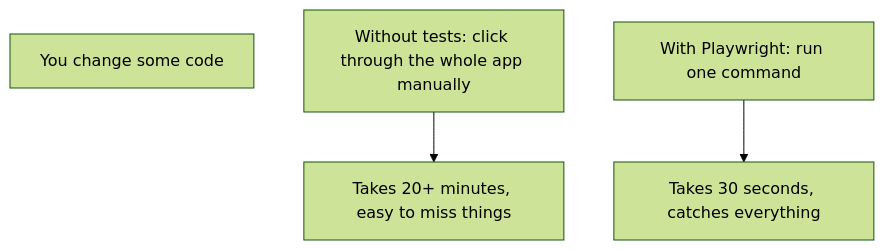
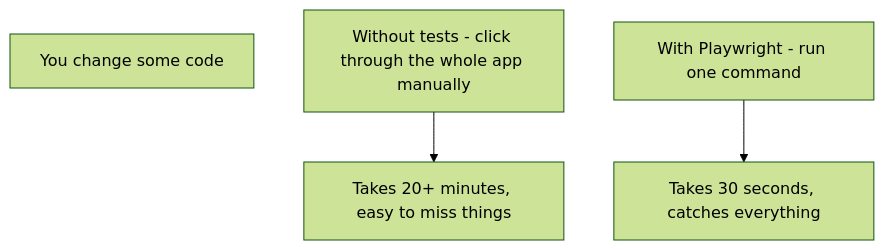
One commit to wongjinar-ai/expample changed the second of 5 diagrams in learning/10-playwright-testing.md. Above: the diagram before and after it, drawn with Mermaid (forest theme). The commit also changed other lines of this file and 24 other files, not shown here.

````diff
--- a/learning/10-playwright-testing.md
+++ b/learning/10-playwright-testing.md
@@ -26,8 +26,8 @@
 ```mermaid
 flowchart TD
     Change[You change some code]
-    Manual[Without tests: click through the whole app manually]
-    Auto[With Playwright: run one command]
+    Manual[Without tests - click through the whole app manually]
+    Auto[With Playwright - run one command]
     Manual --> Time[Takes 20+ minutes, easy to miss things]
     Auto --> Fast[Takes 30 seconds, catches everything]
 ```
````
